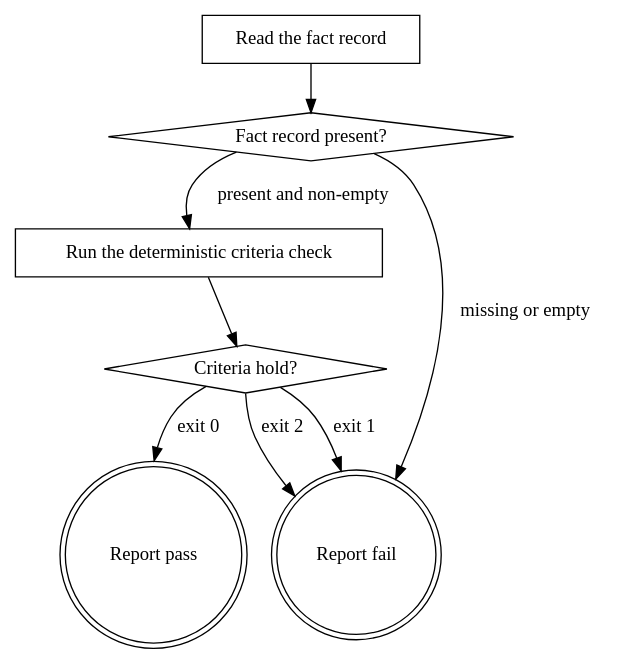
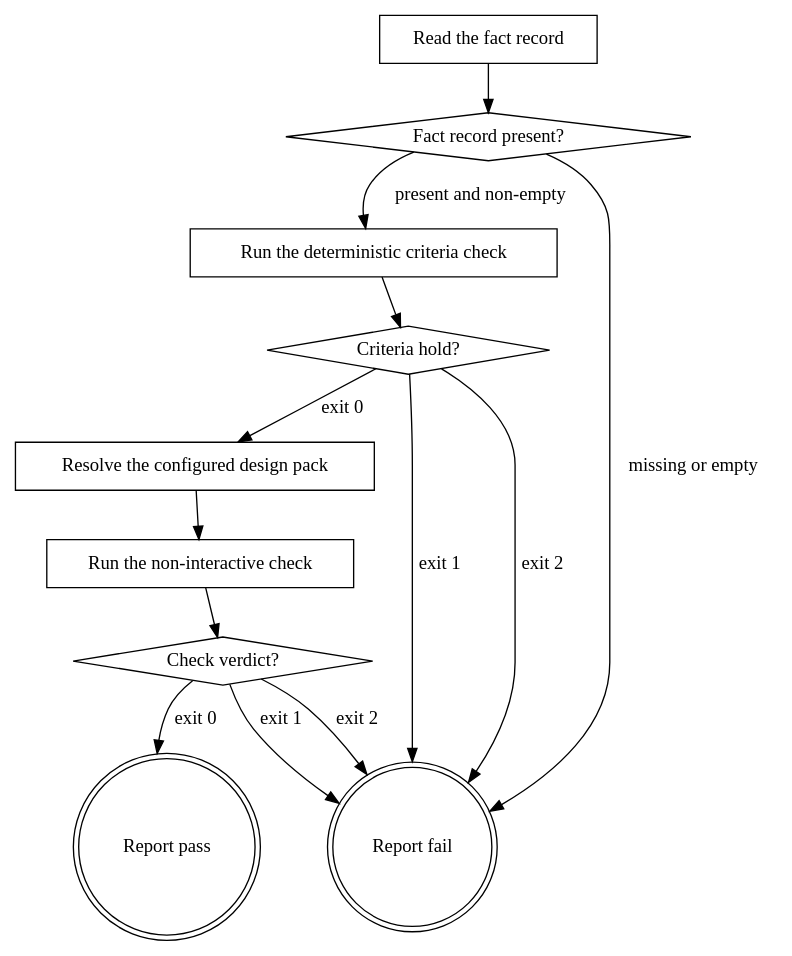
Before and after one commit to agenticDraft/aem-eds-ai-workflow-demo: the diagram in plugins/eds/skills/eds-readiness/SKILL.md, drawn with Graphviz. The commit also changed other lines of this file and 16 other files, not shown here.

````diff
--- a/plugins/eds/skills/eds-readiness/SKILL.md
+++ b/plugins/eds/skills/eds-readiness/SKILL.md
@@ -30,18 +36,26 @@
 ```dot
 digraph eds_readiness {
     "Read the fact record" [shape=box];
     "Fact record present?" [shape=diamond];
     "Run the deterministic criteria check" [shape=box];
     "Criteria hold?" [shape=diamond];
+    "Resolve the configured design pack" [shape=box];
+    "Run the non-interactive check" [shape=box];
+    "Check verdict?" [shape=diamond];
     "Report fail" [shape=doublecircle];
     "Report pass" [shape=doublecircle];
 
     "Read the fact record" -> "Fact record present?";
     "Fact record present?" -> "Run the deterministic criteria check" [label="present and non-empty"];
     "Fact record present?" -> "Report fail" [label="missing or empty"];
     "Run the deterministic criteria check" -> "Criteria hold?";
-    "Criteria hold?" -> "Report pass" [label="exit 0"];
+    "Criteria hold?" -> "Resolve the configured design pack" [label="exit 0"];
     "Criteria hold?" -> "Report fail" [label="exit 1"];
     "Criteria hold?" -> "Report fail" [label="exit 2"];
+    "Resolve the configured design pack" -> "Run the non-interactive check";
+    "Run the non-interactive check" -> "Check verdict?";
+    "Check verdict?" -> "Report pass" [label="exit 0"];
+    "Check verdict?" -> "Report fail" [label="exit 1"];
+    "Check verdict?" -> "Report fail" [label="exit 2"];
 }
 ```
````
